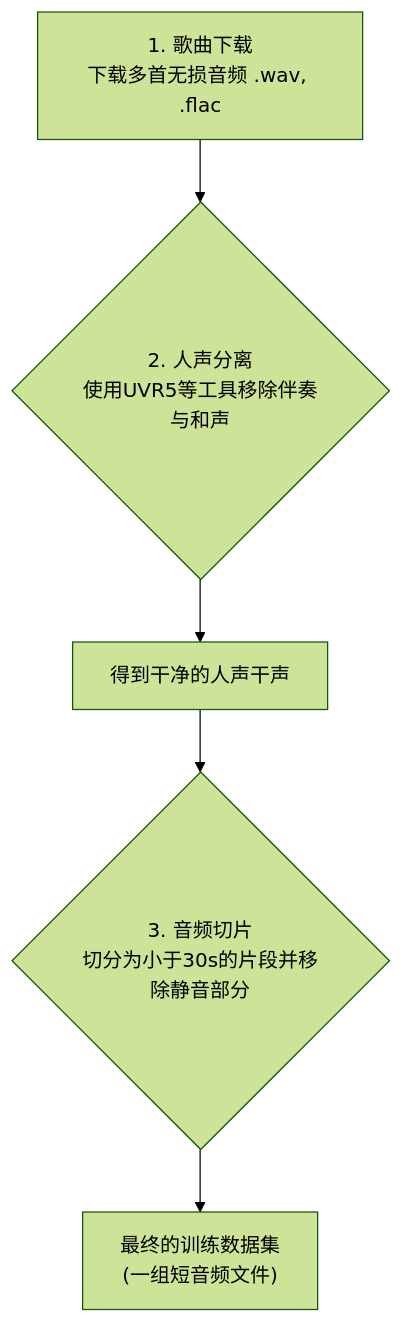
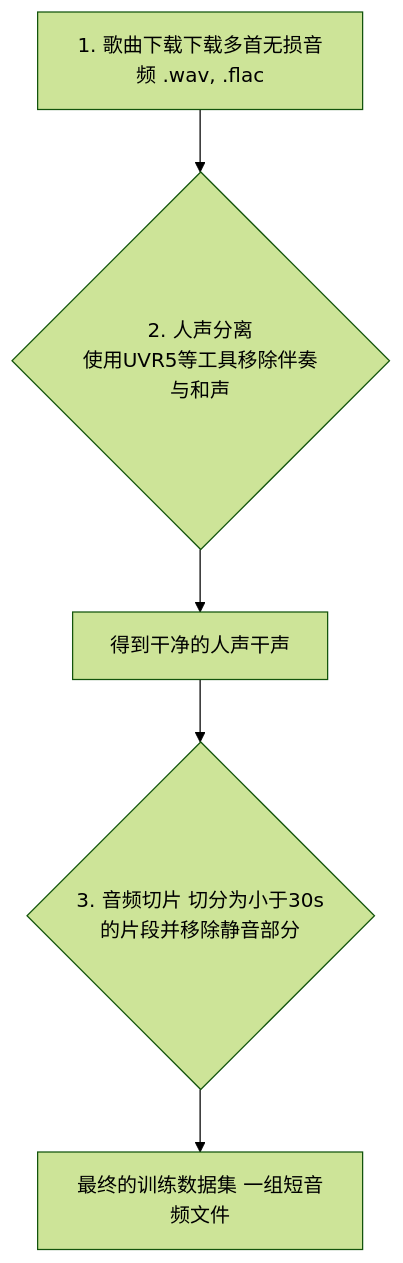
Before and after one commit to liqilun1008/sovitsvrc: the first of 3 diagrams in README.md, drawn with Mermaid (forest theme).

````diff
--- a/README.md
+++ b/README.md
@@ -17,7 +17,7 @@
 ```mermaid
 graph TD
-    A["1. 歌曲下载<br>下载多首无损音频 .wav, .flac"] --> B{"2. 人声分离<br>使用UVR5等工具移除伴奏与和声"};
-    B --> C["得到干净的人声干声"];
-    C --> D{"3. 音频切片<br>切分为小于30s的片段并移除静音部分"};
-    D --> E["最终的训练数据集<br>(一组短音频文件)"];
+    A[1. 歌曲下载下载多首无损音频 .wav, .flac] --> B{2. 人声分离<br>使用UVR5等工具移除伴奏与和声};
+    B --> C[得到干净的人声干声];
+    C --> D{3. 音频切片 切分为小于30s的片段并移除静音部分};
+    D --> E[最终的训练数据集 一组短音频文件];
 ```
````
